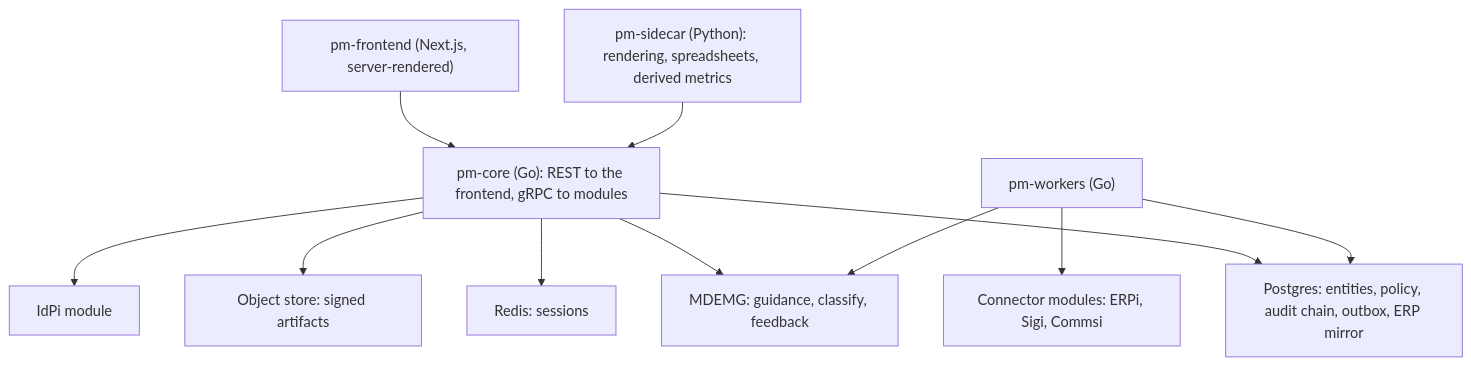
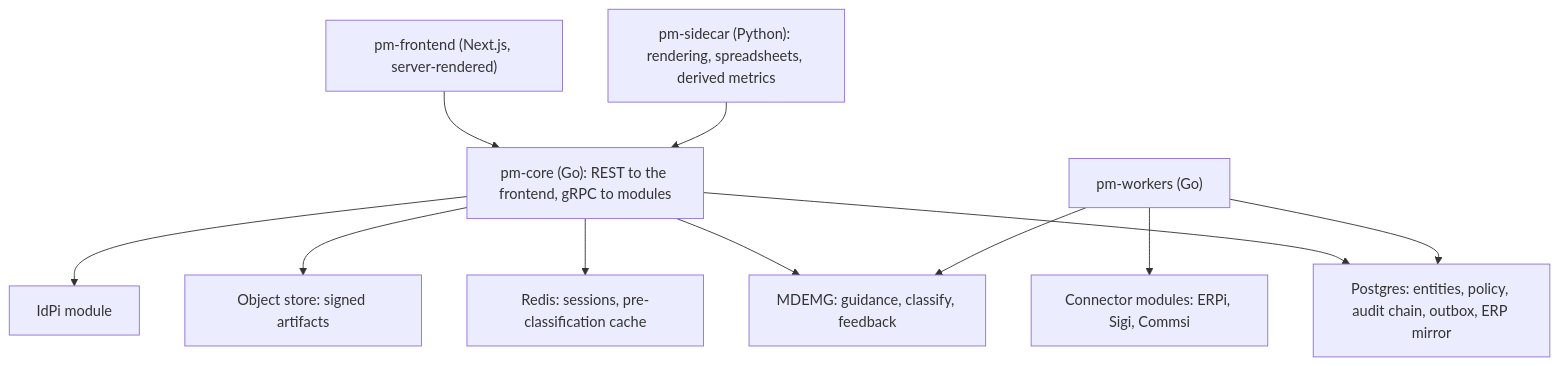
Before and after one commit to reh3376/pro-manage: the seventh of 8 diagrams in docs/tutorial.md, drawn with Mermaid. The commit also changed other lines of this file and 25 other files, not shown here.

First line of the commit message:
feat(pm-core): slice 12, pre-classification cache in Redis, FX conversion at submission, business-day SLA clocks

````diff
--- a/docs/tutorial.md
+++ b/docs/tutorial.md
@@ -289,13 +289,13 @@
 ```mermaid
 flowchart TD
   FE["pm-frontend (Next.js, server-rendered)"] --> CORE["pm-core (Go): REST to the frontend, gRPC to modules"]
   CORE --> PG["Postgres: entities, policy, audit chain, outbox, ERP mirror"]
-  CORE --> R["Redis: sessions"]
+  CORE --> R["Redis: sessions, pre-classification cache"]
   CORE --> S3["Object store: signed artifacts"]
   CORE --> MD["MDEMG: guidance, classify, feedback"]
   W["pm-workers (Go)"] --> PG
   W --> MD
   W --> MODS["Connector modules: ERPi, Sigi, Commsi"]
   CORE --> IDP["IdPi module"]
   SC["pm-sidecar (Python): rendering, spreadsheets, derived metrics"] --> CORE
 ```
````
